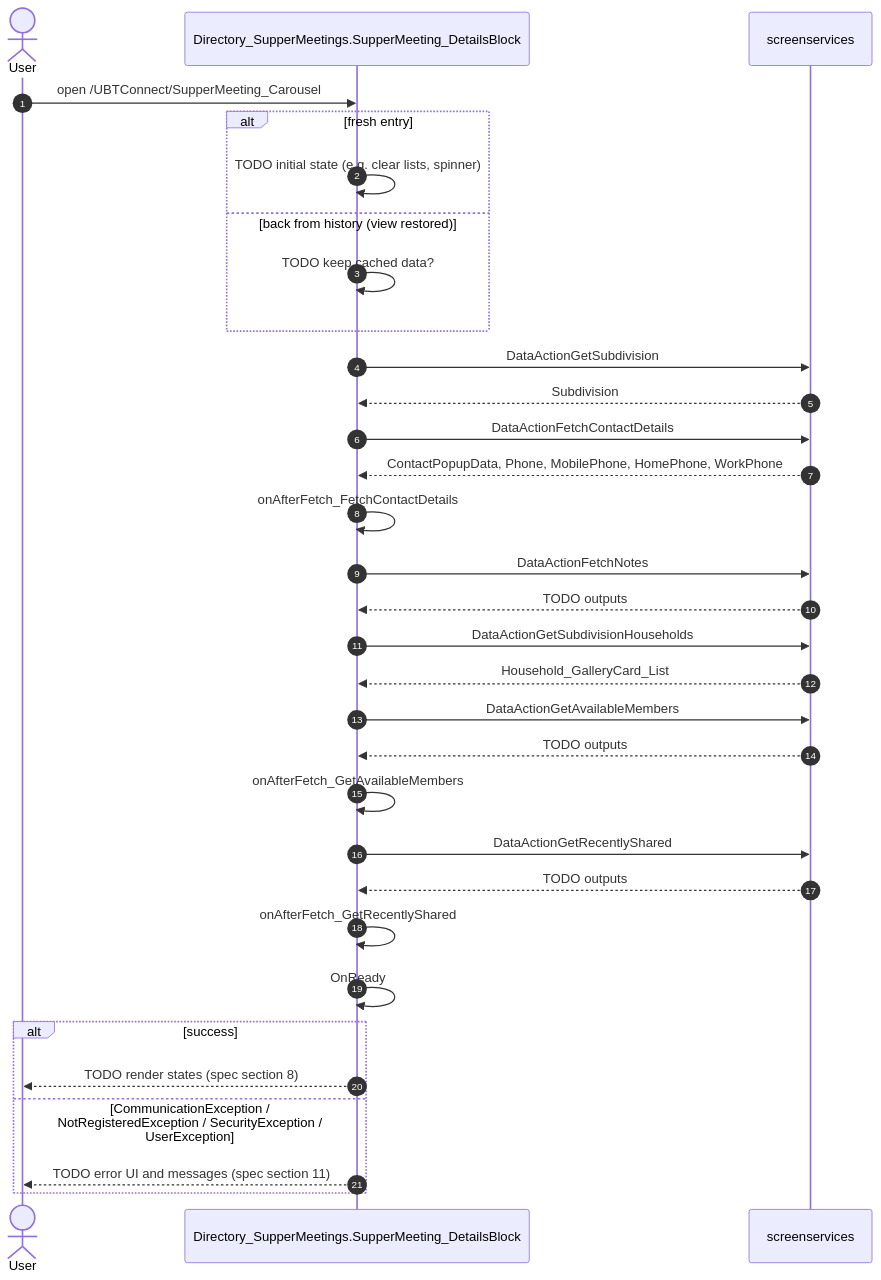
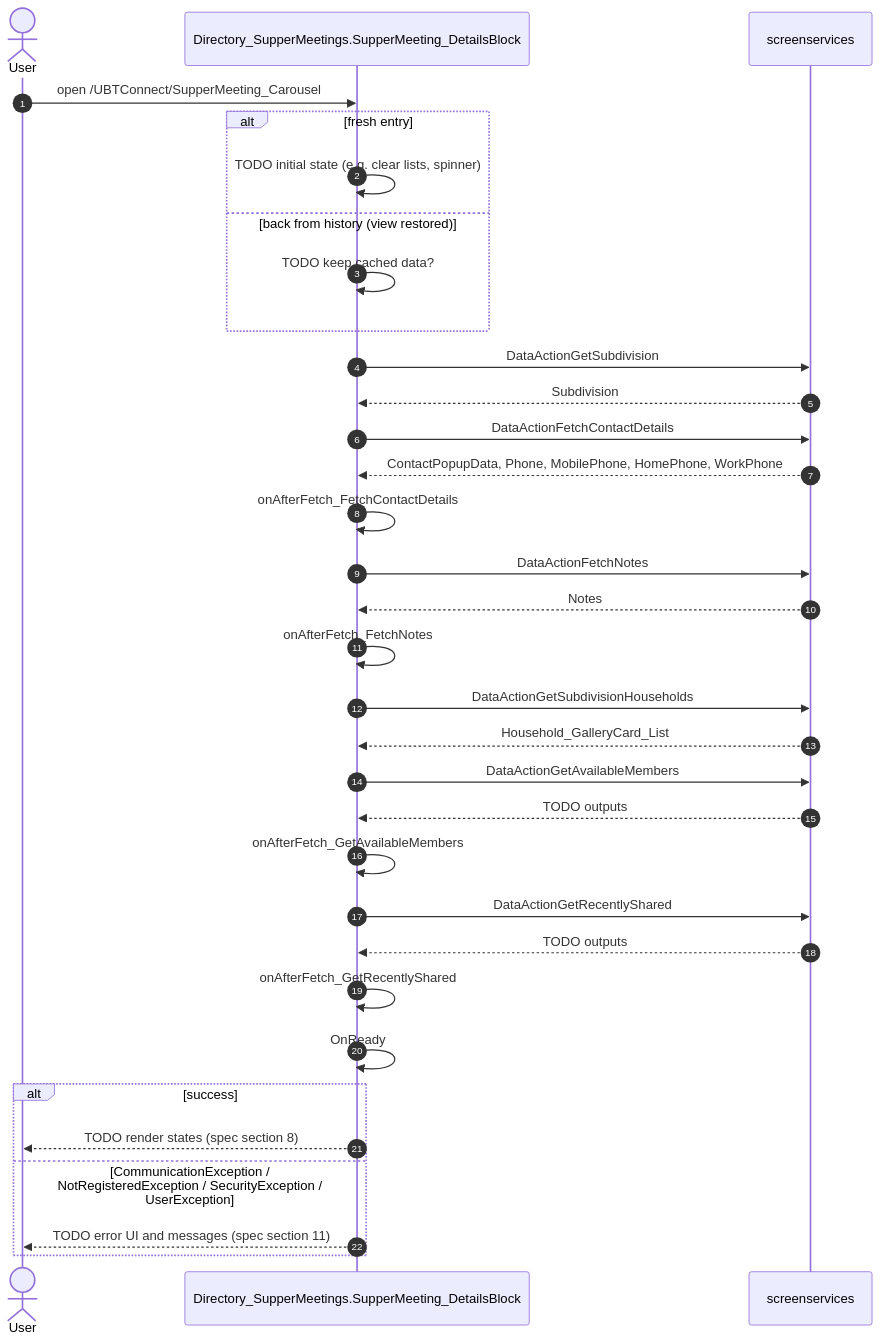
The second of 3 diagrams in migration/screens/SupperMeeting_Carousel/analysis/diagrams.md (Phoenix-DX/connect-new-ui), drawn with Mermaid before and after one commit. The commit also changed other lines of this file and 1877 other files, not shown here.

````diff
--- a/migration/screens/SupperMeeting_Carousel/analysis/diagrams.md
+++ b/migration/screens/SupperMeeting_Carousel/analysis/diagrams.md
@@ -89,35 +88,36 @@
 ```mermaid
 %% DRAFT generated by analyze_capture.py. Fill every TODO from the handlers in sources/pretty.
 sequenceDiagram
   autonumber
   actor U as User
   participant S as Directory_SupperMeetings.SupperMeeting_DetailsBlock
   participant API as screenservices
   U->>S: open /UBTConnect/SupperMeeting_Carousel
   alt fresh entry
     S->>S: TODO initial state (e.g. clear lists, spinner)
   else back from history (view restored)
     S->>S: TODO keep cached data?
   end
   S->>API: DataActionGetSubdivision
   API-->>S: Subdivision
   S->>API: DataActionFetchContactDetails
   API-->>S: ContactPopupData, Phone, MobilePhone, HomePhone, WorkPhone
   S->>S: onAfterFetch_FetchContactDetails
   S->>API: DataActionFetchNotes
-  API-->>S: TODO outputs
+  API-->>S: Notes
+  S->>S: onAfterFetch_FetchNotes
   S->>API: DataActionGetSubdivisionHouseholds
   API-->>S: Household_GalleryCard_List
   S->>API: DataActionGetAvailableMembers
   API-->>S: TODO outputs
   S->>S: onAfterFetch_GetAvailableMembers
   S->>API: DataActionGetRecentlyShared
   API-->>S: TODO outputs
   S->>S: onAfterFetch_GetRecentlyShared
   S->>S: OnReady
   alt success
     S-->>U: TODO render states (spec section 8)
   else CommunicationException / NotRegisteredException / SecurityException / UserException
     S-->>U: TODO error UI and messages (spec section 11)
   end
 ```
````
